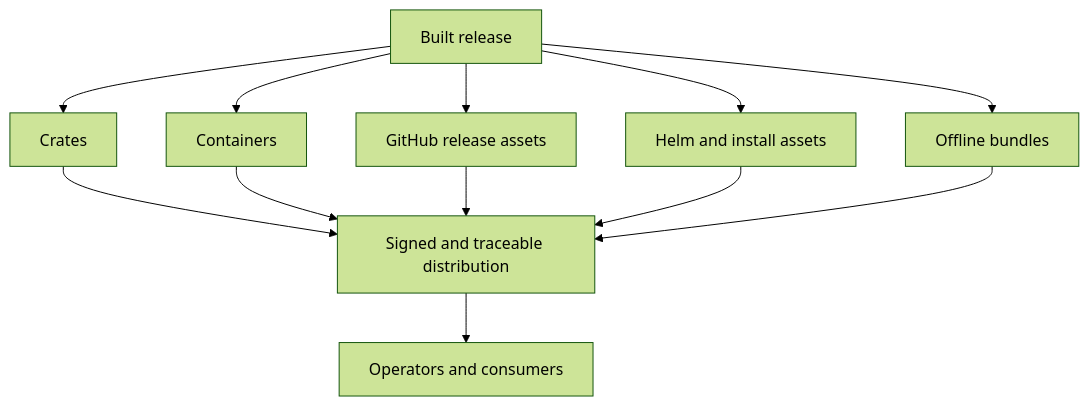
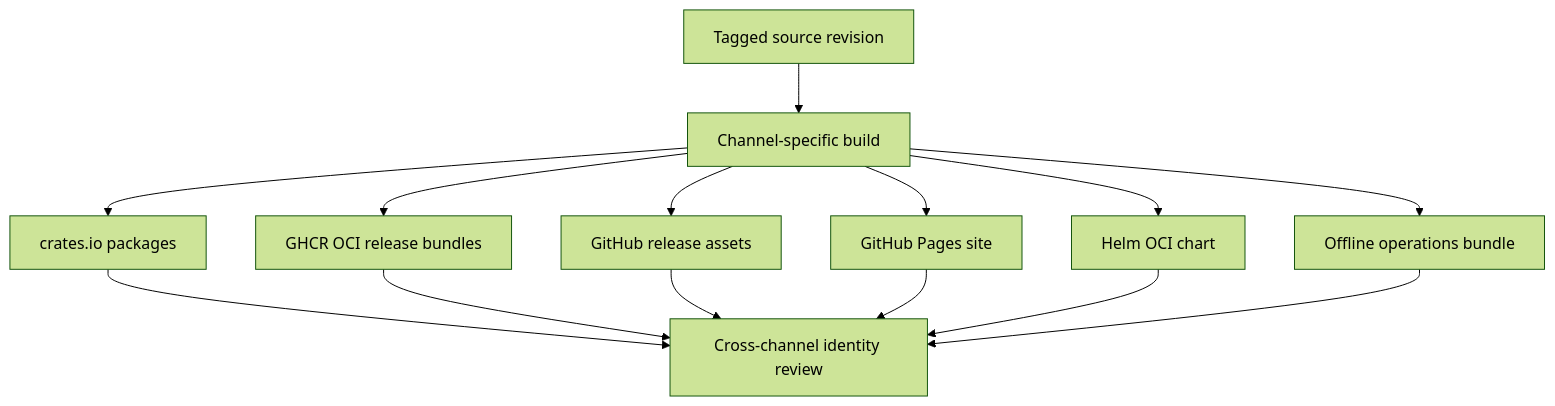
Before and after one commit to bijux/bijux-atlas: the diagram in docs/bijux-atlas-ops/release/distribution-channels.md, drawn with Mermaid (forest theme). The commit also changed other lines of this file and 1 other file, not shown here.

Commit message:
docs(distribution): separate declared channels from shipped proof

````diff
--- a/docs/bijux-atlas-ops/release/distribution-channels.md
+++ b/docs/bijux-atlas-ops/release/distribution-channels.md
@@ -15,14 +17,16 @@
 ```mermaid
-flowchart TD
-    Release[Built release] --> Crates[Crates]
-    Release --> Images[Containers]
-    Release --> Github[GitHub release assets]
-    Release --> Helm[Helm and install assets]
-    Release --> Offline[Offline bundles]
-    Crates --> Signed[Signed and traceable distribution]
-    Images --> Signed
-    Github --> Signed
-    Helm --> Signed
-    Offline --> Signed
-    Signed --> Consumers[Operators and consumers]
+flowchart TB
+    Source[Tagged source revision] --> Build[Channel-specific build]
+    Build --> Crates[crates.io packages]
+    Build --> OCI[GHCR OCI release bundles]
+    Build --> GitHub[GitHub release assets]
+    Build --> Docs[GitHub Pages site]
+    Build --> Chart[Helm OCI chart]
+    Build --> Offline[Offline operations bundle]
+    Crates --> Verify[Cross-channel identity review]
+    OCI --> Verify
+    GitHub --> Verify
+    Docs --> Verify
+    Chart --> Verify
+    Offline --> Verify
 ```
````
